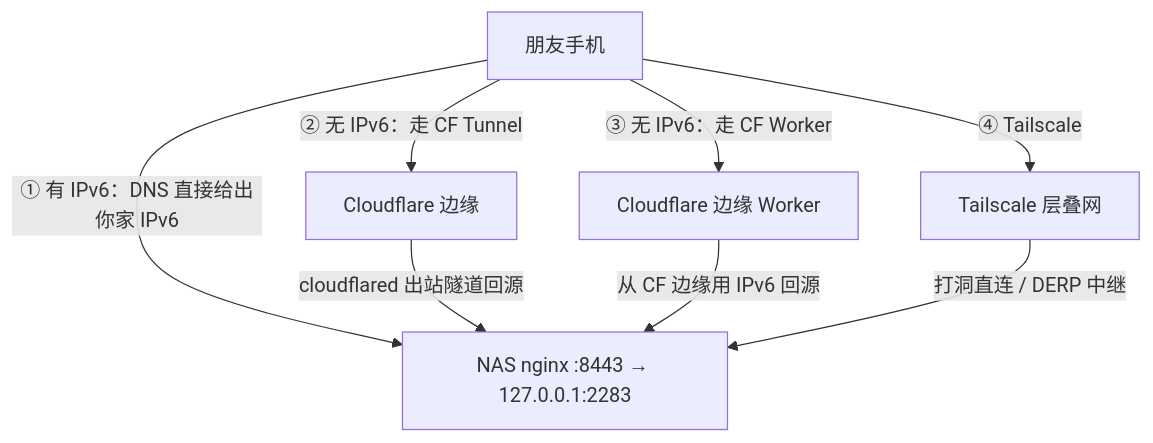
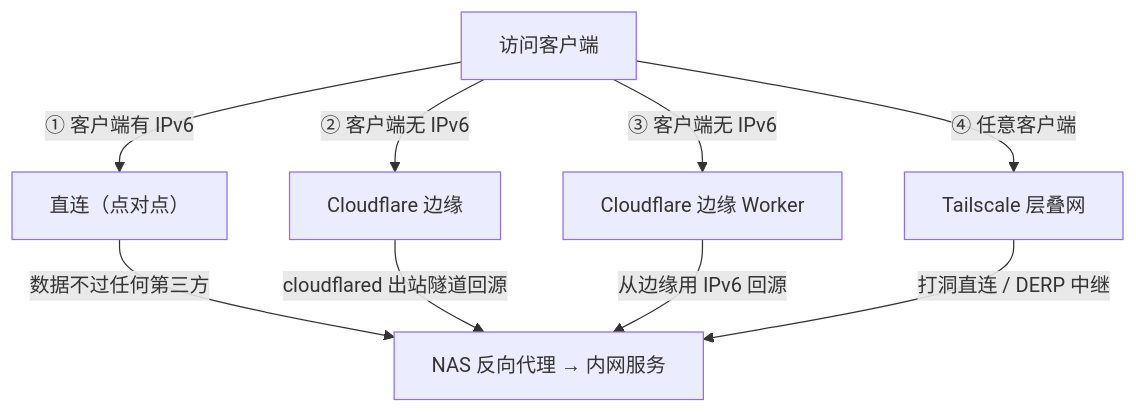
The diagram in README.md (Cheeee00/nas-access-methods), drawn with Mermaid before and after one commit. The commit also changed other lines of this file, not shown here.

Commit message:
docs: drop the PNG reference and align the diagram labels with the Mermaid source

````diff
--- a/README.md
+++ b/README.md
@@ -13,10 +13,12 @@
 ```mermaid
 flowchart TB
-  A["朋友手机"] -->|"① 有 IPv6：DNS 直接给出你家 IPv6"| N["NAS nginx :8443 → 127.0.0.1:2283"]
-  A -->|"② 无 IPv6：走 CF Tunnel"| CF1["Cloudflare 边缘"]
-  CF1 -->|"cloudflared 出站隧道回源"| N
-  A -->|"③ 无 IPv6：走 CF Worker"| CF2["Cloudflare 边缘 Worker"]
-  CF2 -->|"从 CF 边缘用 IPv6 回源"| N
-  A -->|"④ Tailscale"| TS["Tailscale 层叠网"]
-  TS -->|"打洞直连 / DERP 中继"| N
+  A["访问客户端"]
+  A -->|"① 客户端有 IPv6"| P1["直连（点对点）"]
+  P1 -->|"数据不过任何第三方"| N["NAS 反向代理 → 内网服务"]
+  A -->|"② 客户端无 IPv6"| P2["Cloudflare 边缘"]
+  P2 -->|"cloudflared 出站隧道回源"| N
+  A -->|"③ 客户端无 IPv6"| P3["Cloudflare 边缘 Worker"]
+  P3 -->|"从边缘用 IPv6 回源"| N
+  A -->|"④ 任意客户端"| P4["Tailscale 层叠网"]
+  P4 -->|"打洞直连 / DERP 中继"| N
 ```
````
